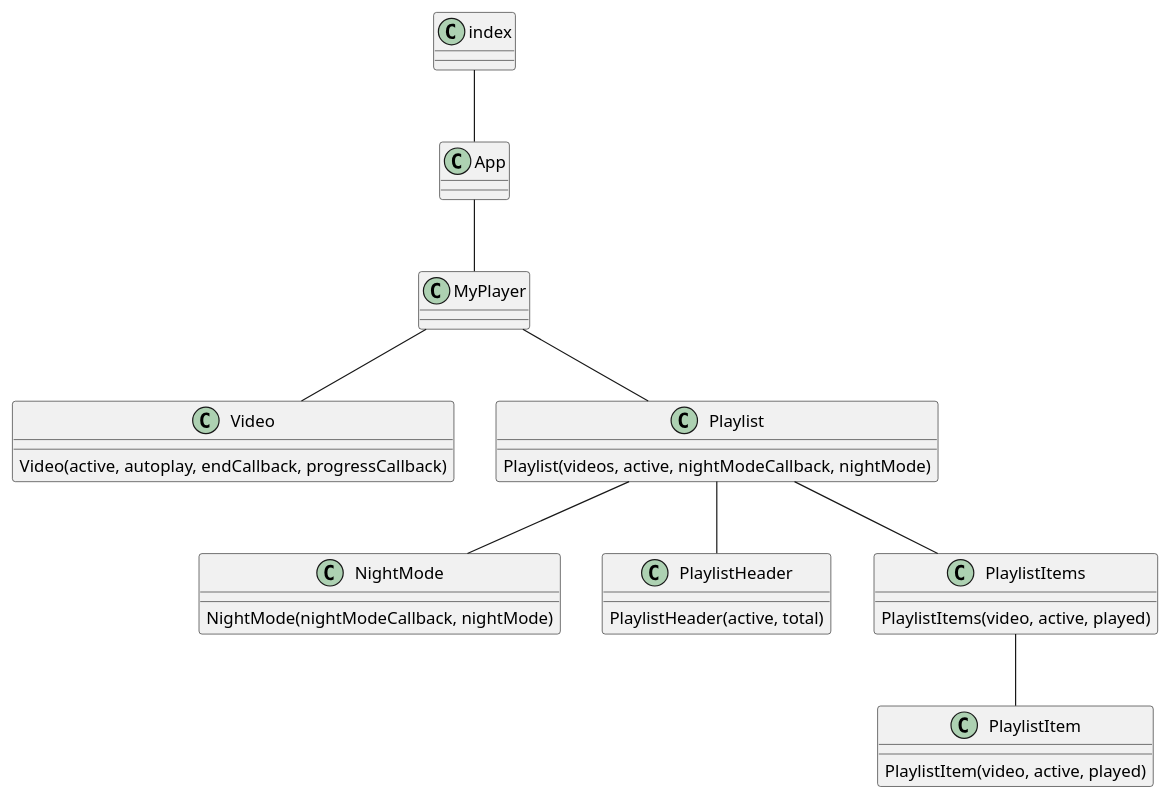
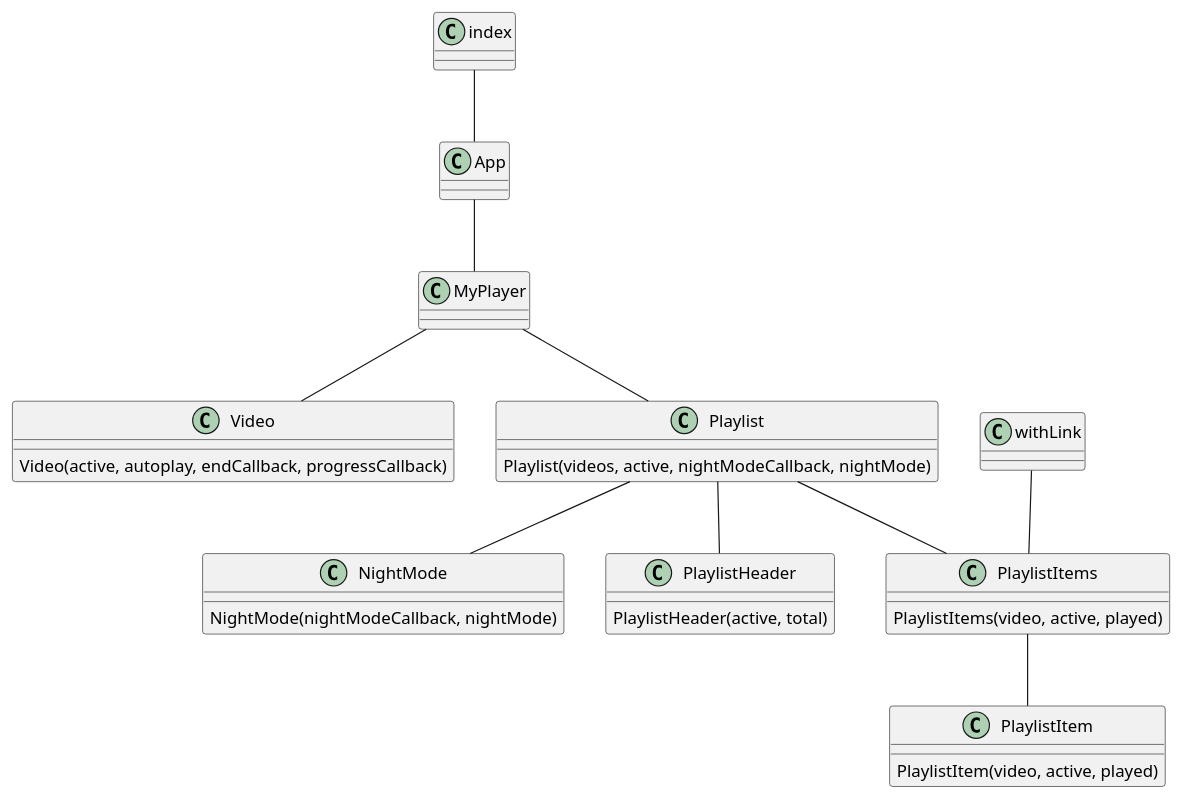
One commit to 4may/ReactHooks changed the diagram in architecture.pu. Above: the diagram before and after it, drawn with PlantUML. The commit also changed 2 other files, not shown here.

```diff
--- a/architecture.pu
+++ b/architecture.pu
@@ -1,18 +1,19 @@
 @startuml
 
 index -- App
 App -- MyPlayer
 MyPlayer -- Video
 MyPlayer -- Playlist
 Playlist -- NightMode
 Playlist -- PlaylistHeader
 Playlist -- PlaylistItems
 PlaylistItems -- PlaylistItem
+withLink -- PlaylistItems
 
 Video : Video(active, autoplay, endCallback, progressCallback)
 Playlist : Playlist(videos, active, nightModeCallback, nightMode)
 NightMode : NightMode(nightModeCallback, nightMode)
 PlaylistHeader : PlaylistHeader(active, total)
 PlaylistItems : PlaylistItems(video, active, played)
 PlaylistItem : PlaylistItem(video, active, played)
 @enduml
```
